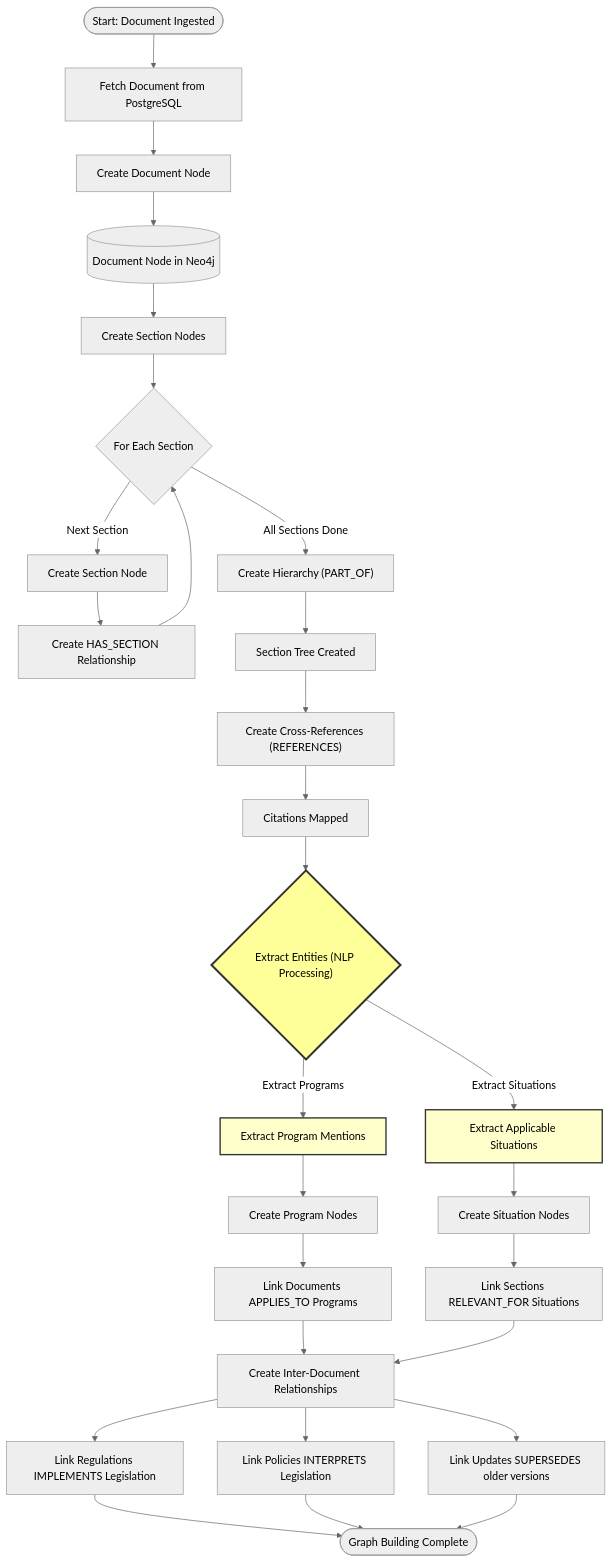
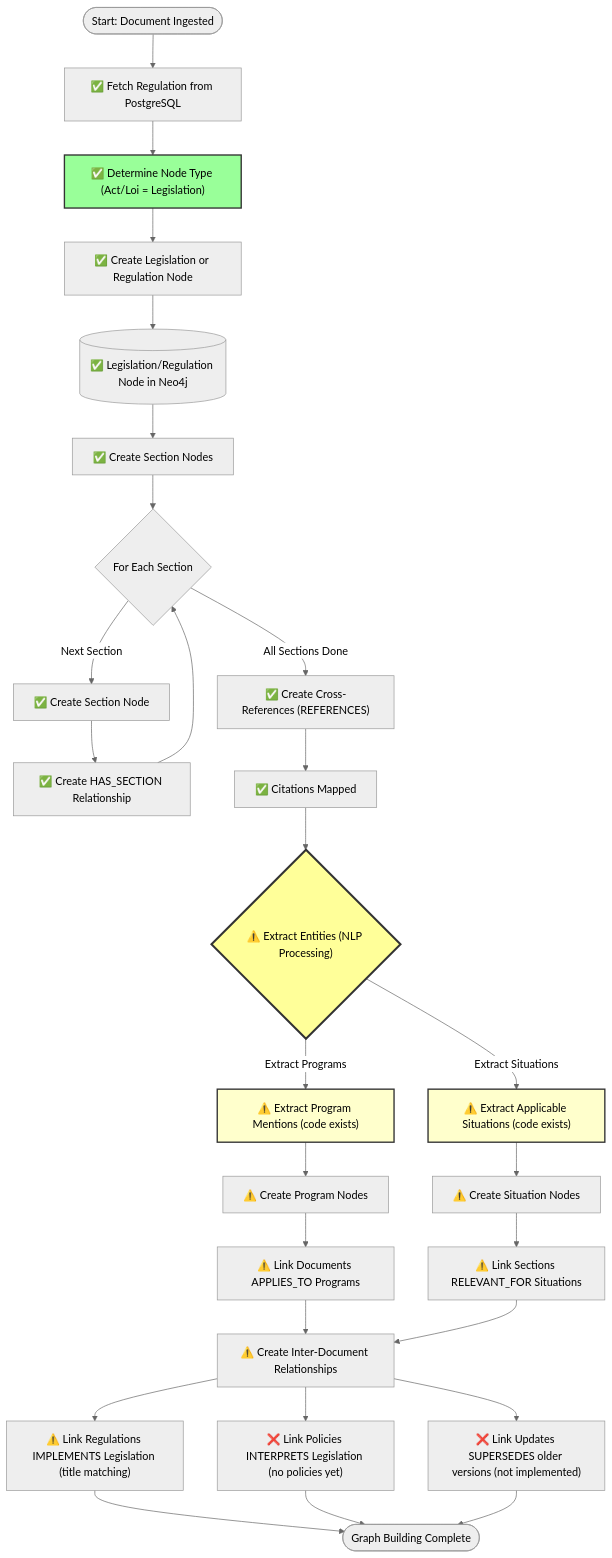
Before and after one commit to samjd-zz/regulatory-intelligence-assistant: the second of 8 diagrams in docs/dev/KNOWLEDGE_GRAPH_AND_NLP_ARCHITECTURE.md, drawn with Mermaid (neutral theme). The commit also changed other lines of this file and 23 other files, not shown here.

First line of the commit message:
feat: Complete knowledge graph architecture with node types and Policy support

````diff
--- a/docs/dev/KNOWLEDGE_GRAPH_AND_NLP_ARCHITECTURE.md
+++ b/docs/dev/KNOWLEDGE_GRAPH_AND_NLP_ARCHITECTURE.md
@@ -65,45 +74,44 @@
 ```mermaid
 flowchart TD
-    Start([Start: Document Ingested]) --> FetchDoc["Fetch Document from PostgreSQL"]
+    Start([Start: Document Ingested]) --> FetchDoc["✅ Fetch Regulation from PostgreSQL"]
     
-    FetchDoc --> CreateDocNode["Create Document Node"]
-    CreateDocNode --> DocNode[("Document Node in Neo4j")]
+    FetchDoc --> DetermineType["✅ Determine Node Type (Act/Loi = Legislation)"]
+    DetermineType --> CreateDocNode["✅ Create Legislation or Regulation Node"]
+    CreateDocNode --> DocNode[("✅ Legislation/Regulation Node in Neo4j")]
     
-    DocNode --> CreateSections["Create Section Nodes"]
+    DocNode --> CreateSections["✅ Create Section Nodes"]
     CreateSections --> SectionLoop{For Each Section}
     
-    SectionLoop -->|Next Section| CreateSectionNode["Create Section Node"]
-    CreateSectionNode --> LinkSection["Create HAS_SECTION Relationship"]
+    SectionLoop -->|Next Section| CreateSectionNode["✅ Create Section Node"]
+    CreateSectionNode --> LinkSection["✅ Create HAS_SECTION Relationship"]
     LinkSection --> SectionLoop
     
-    SectionLoop -->|All Sections Done| CreateHierarchy["Create Hierarchy (PART_OF)"]
-    CreateHierarchy --> HierarchyComplete["Section Tree Created"]
+    SectionLoop -->|All Sections Done| CreateRefs["✅ Create Cross-References (REFERENCES)"]
+    CreateRefs --> RefsComplete["✅ Citations Mapped"]
     
-    HierarchyComplete --> CreateRefs["Create Cross-References (REFERENCES)"]
-    CreateRefs --> RefsComplete["Citations Mapped"]
+    RefsComplete --> ExtractEntities{"⚠️ Extract Entities (NLP Processing)"}
     
-    RefsComplete --> ExtractEntities{"Extract Entities (NLP Processing)"}
+    ExtractEntities -->|Extract Programs| ExtractPrograms["⚠️ Extract Program Mentions (code exists)"]
+    ExtractPrograms --> CreatePrograms["⚠️ Create Program Nodes"]
+    CreatePrograms --> LinkPrograms["⚠️ Link Documents APPLIES_TO Programs"]
     
-    ExtractEntities -->|Extract Programs| ExtractPrograms["Extract Program Mentions"]
-    ExtractPrograms --> CreatePrograms["Create Program Nodes"]
-    CreatePrograms --> LinkPrograms["Link Documents APPLIES_TO Programs"]
+    ExtractEntities -->|Extract Situations| ExtractSituations["⚠️ Extract Applicable Situations (code exists)"]
+    ExtractSituations --> CreateSituations["⚠️ Create Situation Nodes"]
+    CreateSituations --> LinkSituations["⚠️ Link Sections RELEVANT_FOR Situations"]
     
-    ExtractEntities -->|Extract Situations| ExtractSituations["Extract Applicable Situations"]
-    ExtractSituations --> CreateSituations["Create Situation Nodes"]
-    CreateSituations --> LinkSituations["Link Sections RELEVANT_FOR Situations"]
-    
-    LinkPrograms --> InterDoc["Create Inter-Document Relationships"]
+    LinkPrograms --> InterDoc["⚠️ Create Inter-Document Relationships"]
     LinkSituations --> InterDoc
     
-    InterDoc --> LinkRegs["Link Regulations IMPLEMENTS Legislation"]
-    InterDoc --> LinkPolicies["Link Policies INTERPRETS Legislation"]
-    InterDoc --> LinkSupersedes["Link Updates SUPERSEDES older versions"]
+    InterDoc --> LinkRegs["⚠️ Link Regulations IMPLEMENTS Legislation (title matching)"]
+    InterDoc --> LinkPolicies["❌ Link Policies INTERPRETS Legislation (no policies yet)"]
+    InterDoc --> LinkSupersedes["❌ Link Updates SUPERSEDES older versions (not implemented)"]
     
     LinkRegs --> Complete([Graph Building Complete])
     LinkPolicies --> Complete
     LinkSupersedes --> Complete
     
+    style DetermineType fill:#9f9,stroke:#333,stroke-width:2px
     style ExtractEntities fill:#ff9,stroke:#333,stroke-width:3px
     style ExtractPrograms fill:#ffc,stroke:#333,stroke-width:2px
     style ExtractSituations fill:#ffc,stroke:#333,stroke-width:2px
 ```
````
